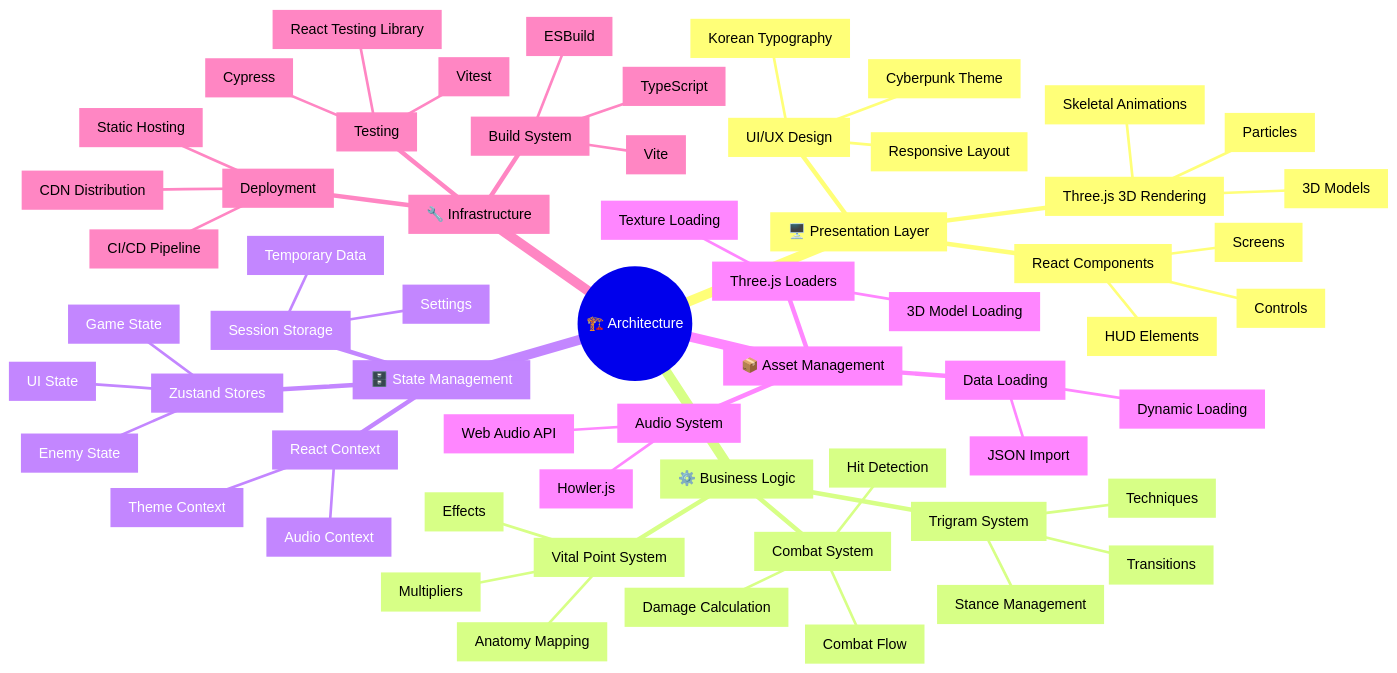
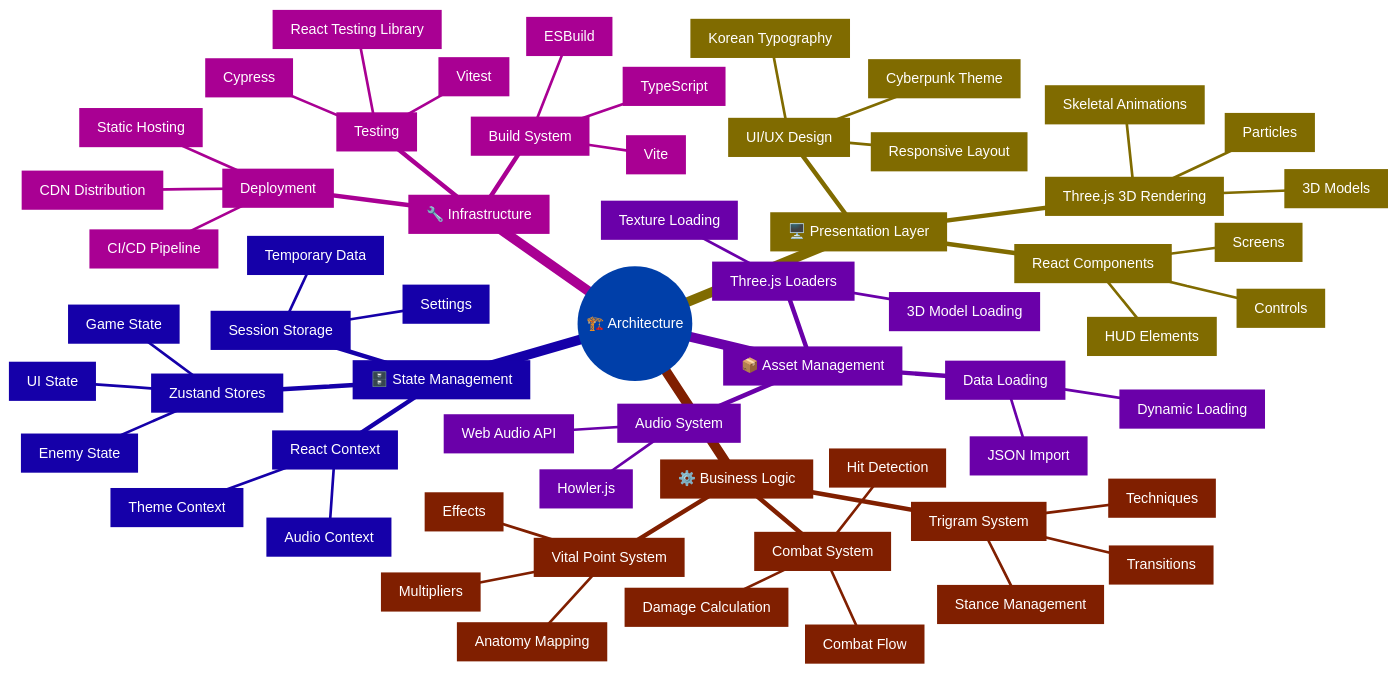
Diagram 13 of 22 in docs/api/media/ARCHITECTURE.md (Hack23/blacktrigram), drawn with Mermaid before and after one commit. The commit also changed other lines of this file and 4430 other files, not shown here.

````diff
--- a/docs/api/media/ARCHITECTURE.md
+++ b/docs/api/media/ARCHITECTURE.md
@@ -1816,68 +1828,69 @@
 ```mermaid
+%%{init: {'theme':'base', 'themeVariables': {'primaryColor':'#2979FF','primaryTextColor':'#fff','primaryBorderColor':'#0D47A1','lineColor':'#00C853','secondaryColor':'#FFD600','tertiaryColor':'#FF3D00'}}}%%
 mindmap
   root((🏗️ Architecture))
     id1[🖥️ Presentation Layer]
       id1.1[React Components]
         id1.1.1[Screens]
         id1.1.2[HUD Elements]
         id1.1.3[Controls]
       id1.2[Three.js 3D Rendering]
         id1.2.1[3D Models]
         id1.2.2[Particles]
         id1.2.3[Skeletal Animations]
       id1.3[UI/UX Design]
         id1.3.1[Korean Typography]
         id1.3.2[Cyberpunk Theme]
         id1.3.3[Responsive Layout]
 
     id2[⚙️ Business Logic]
       id2.1[Combat System]
         id2.1.1[Damage Calculation]
         id2.1.2[Hit Detection]
         id2.1.3[Combat Flow]
       id2.2[Trigram System]
         id2.2.1[Stance Management]
         id2.2.2[Transitions]
         id2.2.3[Techniques]
       id2.3[Vital Point System]
         id2.3.1[Anatomy Mapping]
         id2.3.2[Multipliers]
         id2.3.3[Effects]
 
     id3[🗄️ State Management]
       id3.1[Zustand Stores]
         id3.1.1[Game State]
         id3.1.2[UI State]
         id3.1.3[Enemy State]
       id3.2[React Context]
         id3.2.1[Audio Context]
         id3.2.2[Theme Context]
       id3.3[Session Storage]
         id3.3.1[Temporary Data]
         id3.3.2[Settings]
 
     id4[📦 Asset Management]
       id4.1[Three.js Loaders]
         id4.1.1[Texture Loading]
         id4.1.2[3D Model Loading]
       id4.2[Audio System]
         id4.2.1[Howler.js]
         id4.2.2[Web Audio API]
       id4.3[Data Loading]
         id4.3.1[JSON Import]
         id4.3.2[Dynamic Loading]
 
     id5[🔧 Infrastructure]
       id5.1[Build System]
         id5.1.1[Vite]
         id5.1.2[TypeScript]
         id5.1.3[ESBuild]
       id5.2[Testing]
         id5.2.1[Vitest]
         id5.2.2[React Testing Library]
         id5.2.3[Cypress]
       id5.3[Deployment]
         id5.3.1[Static Hosting]
         id5.3.2[CDN Distribution]
         id5.3.3[CI/CD Pipeline]
 ```
````
